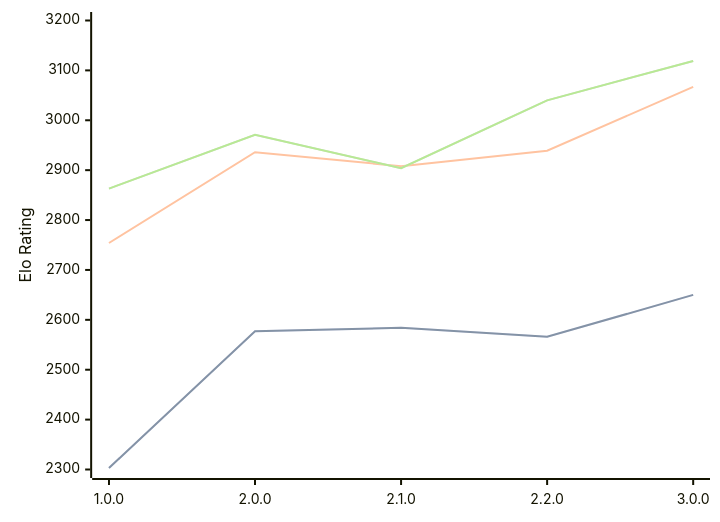
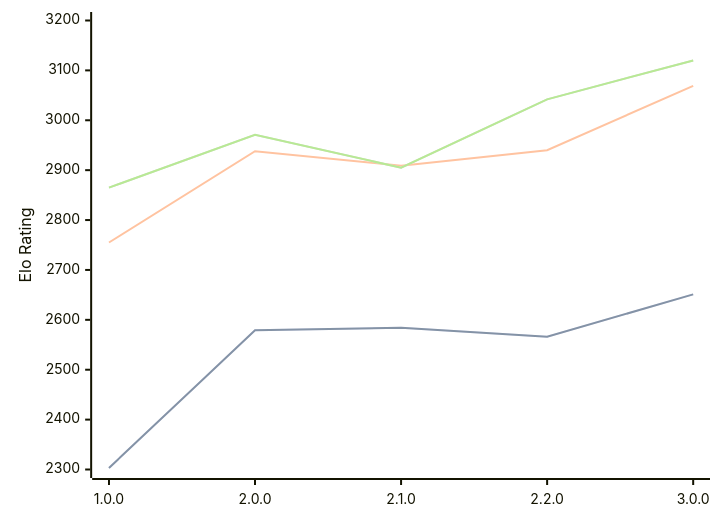
One commit to computer-chess-index/cci changed the third of 3 diagrams in engines/Catalyst.md. Above: the diagram before and after it, drawn with Mermaid. The commit also changed other lines of this file, not shown here.

Commit message:
Update CCI Ratings (ELO VLTC) - 2026-06-23

````diff
--- a/engines/Catalyst.md
+++ b/engines/Catalyst.md
@@ -68,11 +68,11 @@
 ```mermaid
 %%{init: {"theme":"base","themeVariables":{"seriesColors:['#a3a3a3','#222221','#faa371']}}}%%
 xychart-beta
   x-axis ["1.0.0", "2.0.0", "2.1.0", "2.2.0", "3.0.0"]
   y-axis "Elo Rating" 2300 --> 3200
-  line "STC (8.0+0.08s)" [2303, 2577, 2584, 2566, 2650]
-  line "STC (8.0+0.08s)" [2303, 2577, 2584, 2566, 2650]
-  line "LTC (60.0+0.60s)" [2754, 2936, 2908, 2939, 3067]
-  line "VLTC (2m24s+1.12s)" [2863, 2971, 2904, 3040, 3119]
-  line "VLTC (2m24s+1.12s)" [2863, 2971, 2904, 3040, 3119]
+  line "STC (8.0+0.08s)" [2303, 2579, 2584, 2566, 2651]
+  line "STC (8.0+0.08s)" [2303, 2579, 2584, 2566, 2651]
+  line "LTC (60.0+0.60s)" [2755, 2938, 2909, 2940, 3069]
+  line "VLTC (2m24s+1.12s)" [2865, 2971, 2905, 3042, 3120]
+  line "VLTC (2m24s+1.12s)" [2865, 2971, 2905, 3042, 3120]
 ```
````
